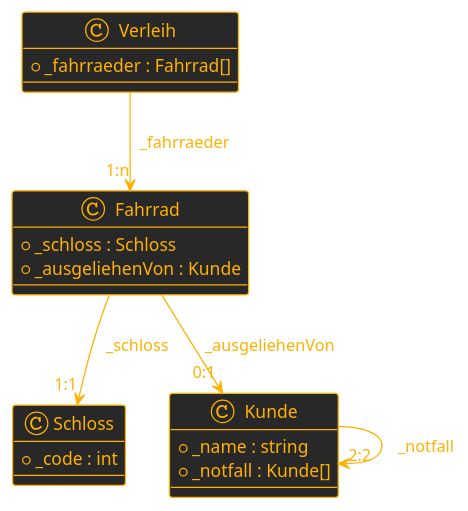
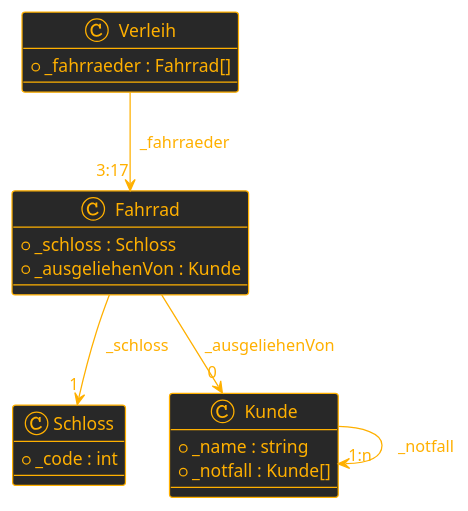
The diagram in JahrGang2/L04-KlassenUndObjekte/ZettelUebungen/02_HatBeziehungenMultiplizitaeten-loesung.md (MrStrelow/HTL-POS), drawn with PlantUML before and after one commit. The commit also changed other lines of this file and 8 other files, not shown here.

````diff
--- a/JahrGang2/L04-KlassenUndObjekte/ZettelUebungen/02_HatBeziehungenMultiplizitaeten-loesung.md
+++ b/JahrGang2/L04-KlassenUndObjekte/ZettelUebungen/02_HatBeziehungenMultiplizitaeten-loesung.md
@@ -22,26 +22,26 @@
 ```plantuml {align="center"}
 @startuml
 !theme crt-amber
 skinparam backgroundColor transparent
 
 class Verleih {
   + _fahrraeder : Fahrrad[]
 }
 class Fahrrad {
   + _schloss : Schloss
   + _ausgeliehenVon : Kunde
 }
 class Schloss {
   + _code : int
 }
 class Kunde {
   + _name : string
   + _notfall : Kunde[]
 }
 
-Verleih --> "1:n" Fahrrad : "  _fahrraeder"
-Fahrrad --> "1:1" Schloss : "  _schloss"
-Fahrrad --> "0:1" Kunde : "  _ausgeliehenVon"
-Kunde --> "2:2" Kunde : "  _notfall"
+Verleih --> "3:17" Fahrrad : "  _fahrraeder"
+Fahrrad --> "1" Schloss : "  _schloss"
+Fahrrad --> "0" Kunde : "  _ausgeliehenVon"
+Kunde --> "1:n" Kunde : "  _notfall"
 @enduml
 ```
````
